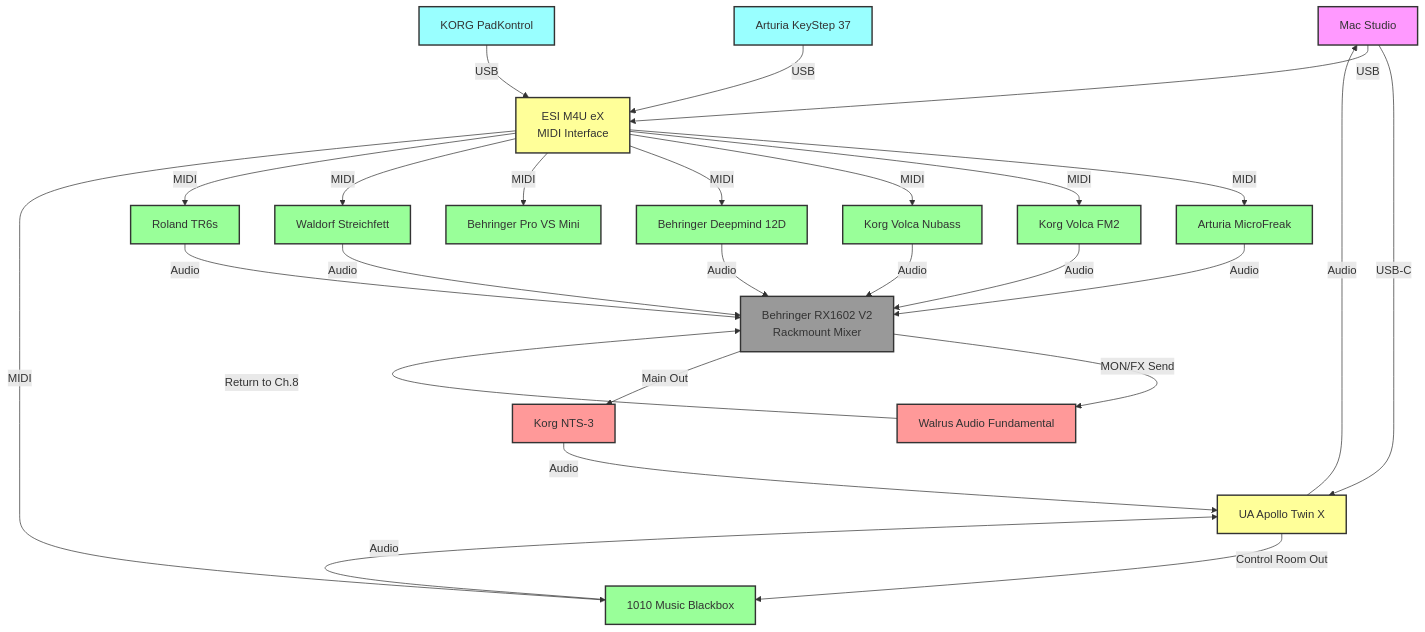
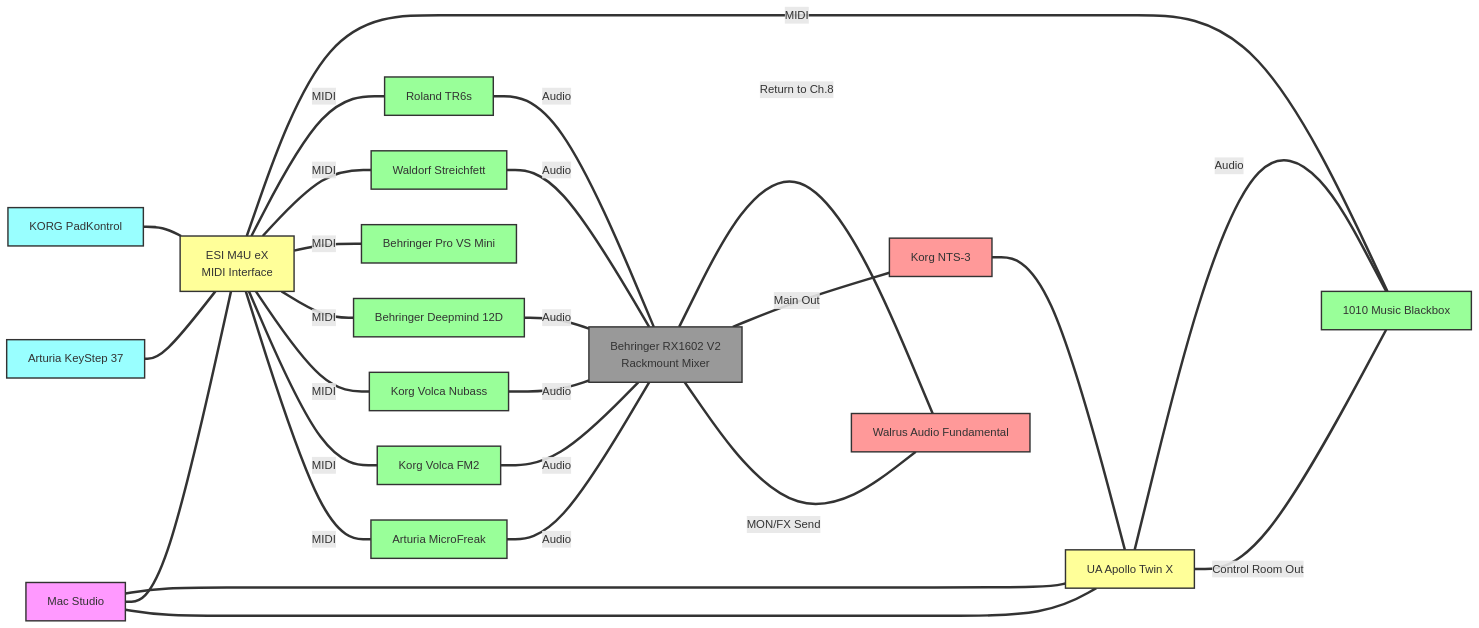
The diagram in README.md (xdotcommer/music-studio), drawn with Mermaid before and after one commit.

Commit message:
new layout

````diff
--- a/README.md
+++ b/README.md
@@ -22,81 +22,82 @@
 ```mermaid
-graph TB
+flowchart LR
     %% Computer and Interface
     MAC[Mac Studio]
     APOLLO[UA Apollo Twin X]
     MIDI_HUB[ESI M4U eX<br/>MIDI Interface]
 
     %% MIDI Controllers
     KEY37[Arturia KeyStep 37]
     PADK[KORG PadKontrol]
 
     %% Sound Sources
     MICRO[Arturia MicroFreak]
     VOLCAFM[Korg Volca FM2]
     NUBASS[Korg Volca Nubass]
     DM12[Behringer Deepmind 12D]
     PROMINI[Behringer Pro VS Mini]
     STREICH[Waldorf Streichfett]
     TR6S[Roland TR6s]
     BB[1010 Music Blackbox]
 
     %% Effects
     WALRUS[Walrus Audio Fundamental]
     NTS3[Korg NTS-3]
 
     %% Mixer
     MIXER[Behringer RX1602 V2<br/>Rackmount Mixer]
 
-    %% USB Connections
-    MAC -->|USB-C| APOLLO
-    MAC -->|USB| MIDI_HUB
+    %% USB Connections with right angles
+    MAC === APOLLO
+    MAC === MIDI_HUB
 
     %% MIDI Controllers to Interface
-    KEY37 -->|USB| MIDI_HUB
-    PADK -->|USB| MIDI_HUB
+    KEY37 === MIDI_HUB
+    PADK === MIDI_HUB
 
     %% MIDI Connections
-    MIDI_HUB -->|MIDI| MICRO
-    MIDI_HUB -->|MIDI| VOLCAFM
-    MIDI_HUB -->|MIDI| NUBASS
-    MIDI_HUB -->|MIDI| DM12
-    MIDI_HUB -->|MIDI| PROMINI
-    MIDI_HUB -->|MIDI| STREICH
-    MIDI_HUB -->|MIDI| TR6S
-    MIDI_HUB -->|MIDI| BB
+    MIDI_HUB ===|MIDI| MICRO
+    MIDI_HUB ===|MIDI| VOLCAFM
+    MIDI_HUB ===|MIDI| NUBASS
+    MIDI_HUB ===|MIDI| DM12
+    MIDI_HUB ===|MIDI| PROMINI
+    MIDI_HUB ===|MIDI| STREICH
+    MIDI_HUB ===|MIDI| TR6S
+    MIDI_HUB ===|MIDI| BB
 
     %% Audio Connections to Mixer
-    MICRO -->|Audio| MIXER
-    VOLCAFM -->|Audio| MIXER
-    NUBASS -->|Audio| MIXER
-    DM12 -->|Audio| MIXER
-    STREICH -->|Audio| MIXER
-    TR6S -->|Audio| MIXER
+    MICRO ===|Audio| MIXER
+    VOLCAFM ===|Audio| MIXER
+    NUBASS ===|Audio| MIXER
+    DM12 ===|Audio| MIXER
+    STREICH ===|Audio| MIXER
+    TR6S ===|Audio| MIXER
 
     %% Effects Loop
-    MIXER -->|MON/FX Send| WALRUS
-    WALRUS -->|Return to Ch.8| MIXER
+    MIXER ===|MON/FX Send| WALRUS
+    WALRUS ===|Return to Ch.8| MIXER
 
     %% Main Output Path
-    MIXER -->|Main Out| NTS3
-    NTS3 -->|Audio| APOLLO
-    APOLLO -->|Audio| MAC
+    MIXER ===|Main Out| NTS3
+    NTS3 === APOLLO
+    APOLLO === MAC
 
     %% Control Room Path
-    APOLLO -->|Control Room Out| BB
-    BB -->|Audio| APOLLO
+    APOLLO ===|Control Room Out| BB
+    BB ===|Audio| APOLLO
 
+    %% Styling
     classDef computer fill:#f9f,stroke:#333,stroke-width:2px
     classDef interface fill:#ff9,stroke:#333,stroke-width:2px
     classDef controller fill:#9ff,stroke:#333,stroke-width:2px
     classDef synth fill:#9f9,stroke:#333,stroke-width:2px
     classDef effect fill:#f99,stroke:#333,stroke-width:2px
     classDef mixer fill:#999,stroke:#333,stroke-width:2px
 
     class MAC computer
     class APOLLO,MIDI_HUB interface
     class KEY37,PADK controller
     class MICRO,VOLCAFM,NUBASS,DM12,PROMINI,STREICH,TR6S,BB synth
     class WALRUS,NTS3 effect
     class MIXER mixer
 ```
````
